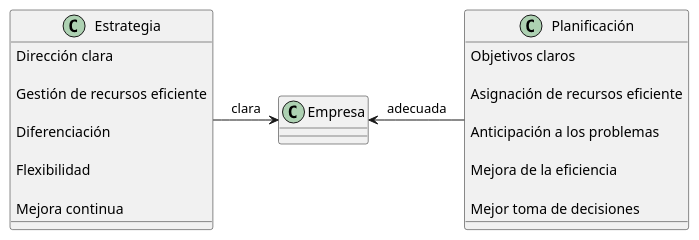
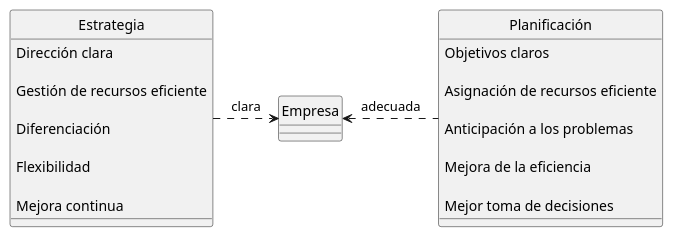
Before and after one commit to marcosvarona/DSI-22-23: the diagram in puml.source/empresaEstrategiaPlanificacion.puml, drawn with PlantUML. The commit also changed 4 other files, not shown here.

Commit message:
UML humanizado "plain vanilla"

```diff
--- a/puml.source/empresaEstrategiaPlanificacion.puml
+++ b/puml.source/empresaEstrategiaPlanificacion.puml
@@ -1,30 +1,32 @@
 class Empresa
 
 class Estrategia {
     Dirección clara
 
     Gestión de recursos eficiente
 
     Diferenciación
 
     Flexibilidad
 
     Mejora continua
 }
 
 class Planificación{
 
     Objetivos claros
 
     Asignación de recursos eficiente
     
     Anticipación a los problemas
     
     Mejora de la eficiencia
     
     Mejor toma de decisiones
 
 }
 
-Estrategia --r-> Empresa:clara
-Planificación --l-> Empresa:adecuada
+Estrategia ..r.> Empresa:clara
+Planificación ..l.> Empresa:adecuada
+
+hide class circle
```
